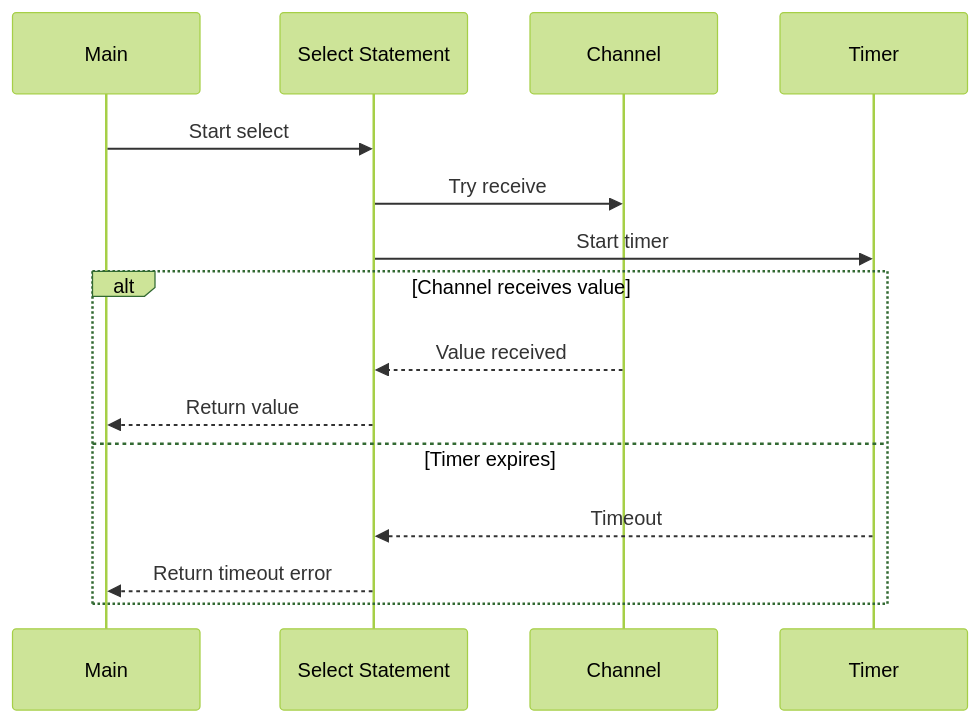
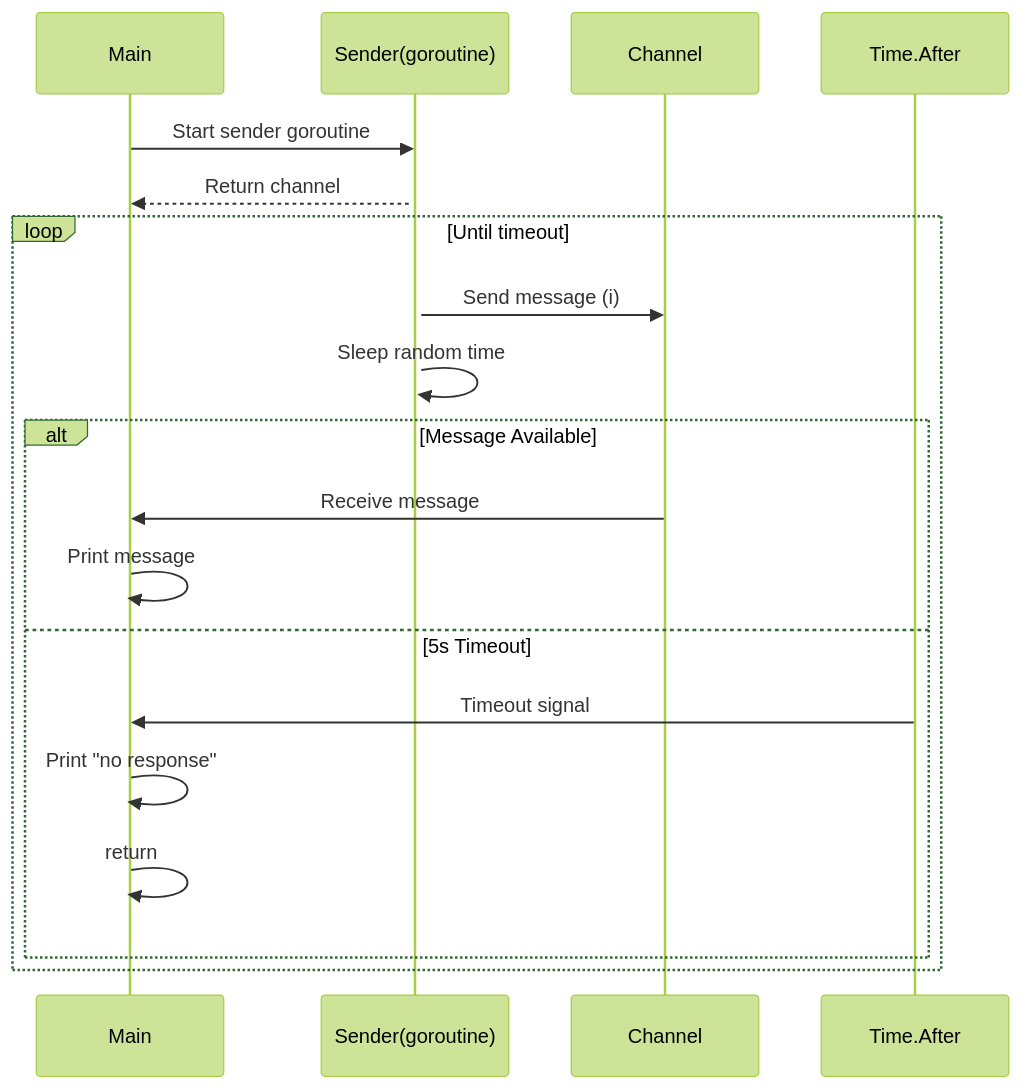
The diagram in 06-select-timeout/README.md (lexyu-golang-project-collection/go-concurrency), drawn with Mermaid (forest theme) before and after one commit. The commit also changed 1 other file, not shown here.

````diff
--- a/06-select-timeout/README.md
+++ b/06-select-timeout/README.md
@@ -1,18 +1,24 @@
 ```mermaid
 sequenceDiagram
     participant M as Main
-    participant S as Select Statement
+    participant S as Sender(goroutine)
     participant C as Channel
-    participant T as Timer
-
-    M->>S: Start select
-    S->>C: Try receive
-    S->>T: Start timer
-    alt Channel receives value
-        C-->>S: Value received
-        S-->>M: Return value
-    else Timer expires
-        T-->>S: Timeout
-        S-->>M: Return timeout error
+    participant T as Time.After
+    
+    M->>S: Start sender goroutine
+    activate S
+    S-->>M: Return channel
+    
+    loop Until timeout
+        S->>C: Send message (i)
+        S->>S: Sleep random time
+        alt Message Available
+            C->>M: Receive message
+            M->>M: Print message
+        else 5s Timeout
+            T->>M: Timeout signal
+            M->>M: Print "no response"
+            M->>M: return
+        end
     end
 ```
````
